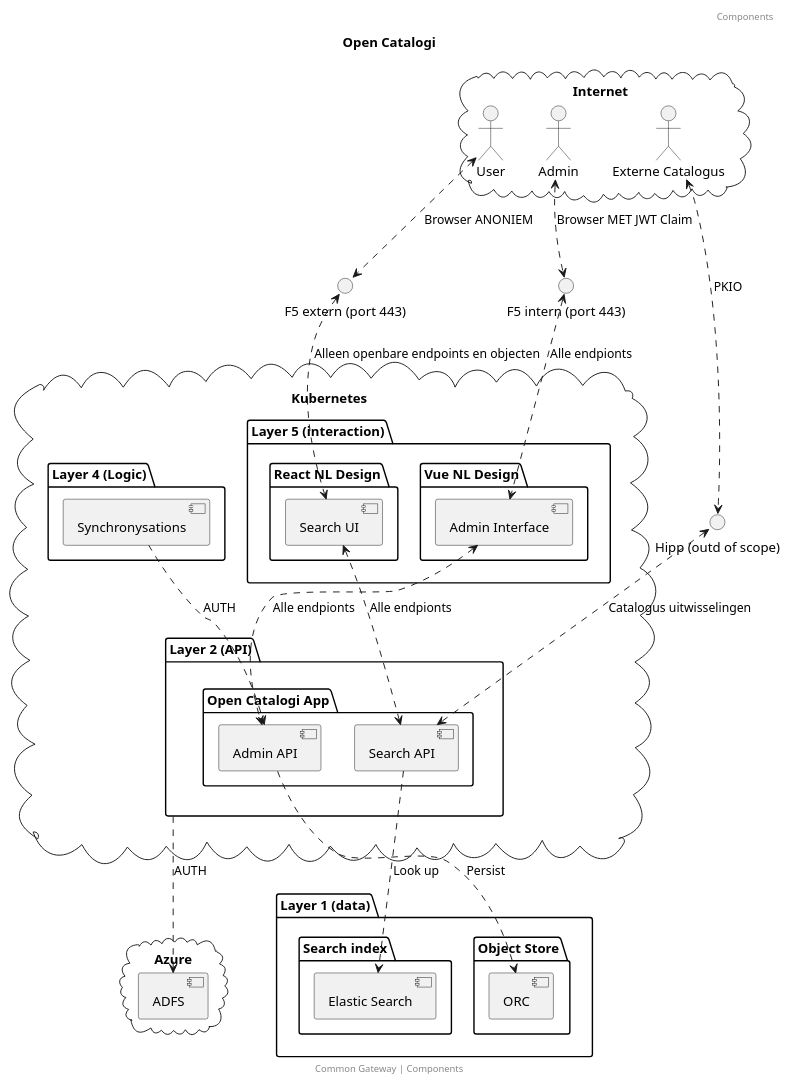
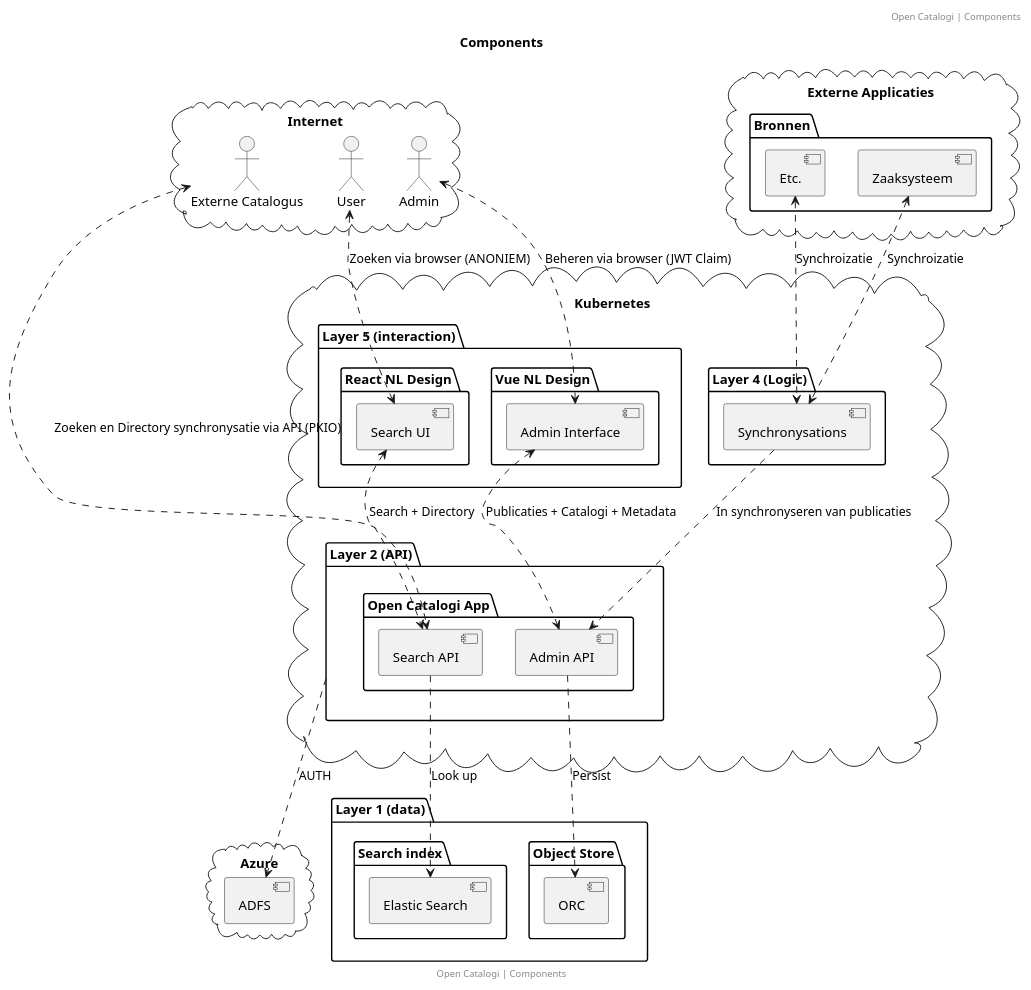
The diagram in docs/handleidingen/componenten.puml (OpenCatalogi/.github), drawn with PlantUML before and after one commit. The commit also changed 1 other file, not shown here.

```diff
--- a/docs/handleidingen/componenten.puml
+++ b/docs/handleidingen/componenten.puml
@@ -1,80 +1,80 @@
 @startuml
-title: Open Catalogi
-footer: Common Gateway | Components
-header: Components
+title: Components
+footer: Open Catalogi | Components
+header: Open Catalogi | Components
 
-interface "F5 extern (port 443)" as f5extern
-interface "F5 intern (port 443)" as f5intern
-
-interface "Hipp (outd of scope)" as hipp
 
 cloud "Azure"{
  [ADFS]  as identity
 }
 
 cloud "Internet"{
 actor "User" as user
 actor "Admin" as adminUser
 actor "Externe Catalogus" as externalCatalouge
 
 }
 
+cloud "Externe Applicaties"{
+package "Bronnen" {
+ [Zaaksysteem]  as ZGW
+ [Etc.]  as ETC
+}
+}
 
 cloud "Kubernetes"{
 
 package "Layer 5 (interaction)" {
 package "React NL Design" {
  [Search UI]  as ui
 }
 
 package "Vue NL Design" {
  [Admin Interface]  as admin
 }
 }
 
 
 package "Layer 4 (Logic)" as layer4 {
  [Synchronysations]  as service
 }
 
 
 package "Layer 2 (API)" as layer2 {
 
 
 package "Open Catalogi App" {
  [Search API] as SearchAPI
  [Admin API] as ObjectsAPI
 }
 
 
 }
 
 }
 
 package "Layer 1 (data)" {
 
 package "Search index" {
  [Elastic Search]  as search
 }
 
 package "Object Store" {
  [ORC]  as db
 }
 }
 
-externalCatalouge <..> hipp: PKIO
-hipp <..> SearchAPI: Catalogus uitwisselingen
+externalCatalouge <..> SearchAPI: Zoeken en Directory synchronysatie via API (PKIO)
+user <..> ui : Zoeken via browser (ANONIEM)
+adminUser <..> admin : Beheren via browser (JWT Claim)
 
+ui <..> SearchAPI: Search + Directory
+admin <..> ObjectsAPI: Publicaties + Catalogi + Metadata
+ZGW <..> service: Synchroizatie
+ETC <..> service: Synchroizatie
 
-user <..> f5extern: Browser ANONIEM
-adminUser <..> f5intern : Browser MET JWT Claim
-f5extern <..> ui: Alleen openbare endpoints en objecten
-f5intern <..> admin: Alle endpionts
-ui <..> SearchAPI: Alle endpionts
-admin <..> ObjectsAPI: Alle endpionts
 ObjectsAPI  .down.> db: Persist
 SearchAPI  .down.> search: Look up
 layer2 .down.> identity: AUTH
-service .down.> ObjectsAPI: AUTH
-
+service .down.> ObjectsAPI: In synchronyseren van publicaties
 @enduml
```
